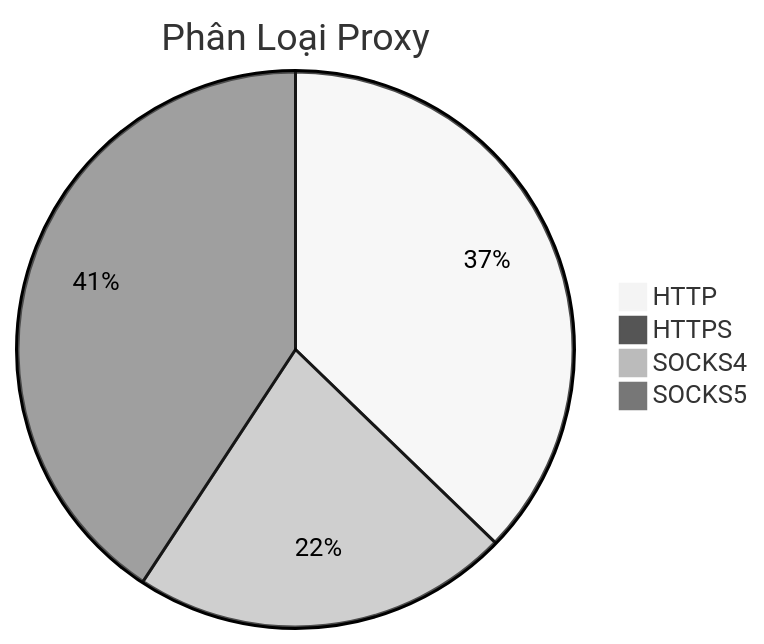
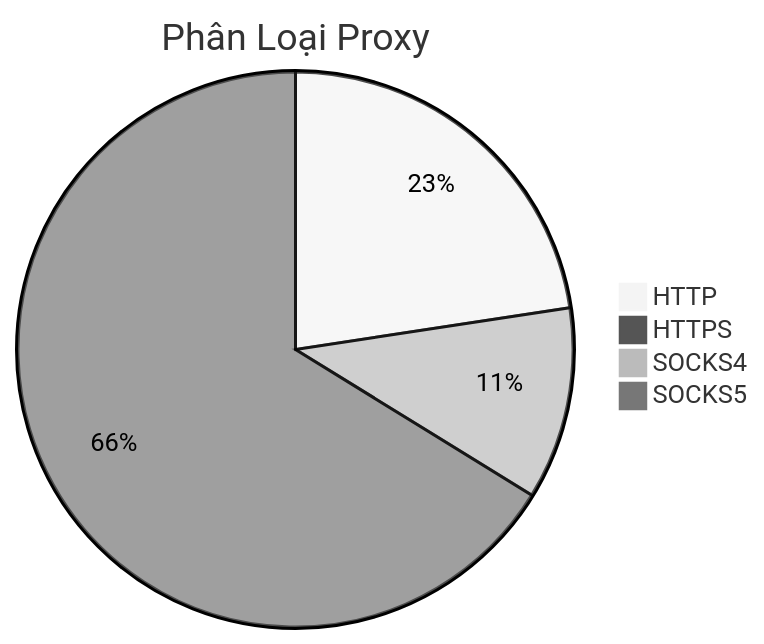
One commit to Ciara-Aa/PROXY-free changed the diagram in README.md. Above: the diagram before and after it, drawn with Mermaid (neutral theme). The commit also changed other lines of this file and 4 other files, not shown here.

````diff
--- a/README.md
+++ b/README.md
@@ -26,7 +26,7 @@
 ```mermaid
 pie title Phân Loại Proxy
-    "HTTP" : 519
-    "HTTPS" : 1
-    "SOCKS4" : 307
-    "SOCKS5" : 568
+    "HTTP" : 525
+    "HTTPS" : 4
+    "SOCKS4" : 260
+    "SOCKS5" : 1538
 ```
````
